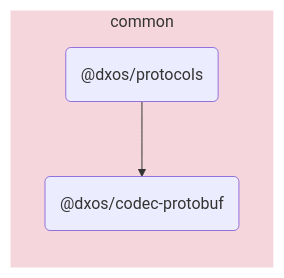
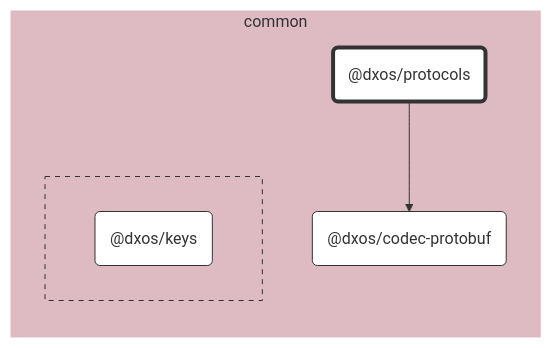
One commit to dxos/dxos changed the diagram in packages/common/protocols/docs/README.md. Above: the diagram before and after it, drawn with Mermaid. The commit also changed other lines of this file and 89 other files, not shown here.

````diff
--- a/packages/common/protocols/docs/README.md
+++ b/packages/common/protocols/docs/README.md
@@ -5,11 +7,37 @@
 ```mermaid
-flowchart LR;
+%%{ init: {'flowchart':{'curve':'basis'}} }%%
 
+flowchart LR
+
+%% Links
+dxos/protocols --> dxos/codec-protobuf;
+
+%% Sections
 subgraph common
-  style common fill:#f5d6dd,stroke:#fff;
-  dxos/protocols("@dxos/protocols");
-  dxos/codec-protobuf("@dxos/codec-protobuf");
+  style common fill:#debac2,stroke:#fff;
+
+  dxos/codec-protobuf("@dxos/codec-protobuf")
+  dxos/protocols("@dxos/protocols")
+
+  subgraph common-excluded [ ]
+    style common-excluded fill:#debac2,stroke:#333,stroke-dasharray:5 5;
+
+    dxos/keys("@dxos/keys")
+  end
 end
 
-dxos/protocols --> dxos/codec-protobuf;
+
+%% Hyperlinks
+click dxos/codec-protobuf "dxos/dxos/tree/main/packages/common/codec-protobuf/docs";
+click dxos/keys "dxos/dxos/tree/main/packages/common/keys/docs";
+
+%% Styles
+classDef rootNode fill:#fff,stroke:#333,stroke-width:4px
+classDef defaultNode fill:#fff,stroke:#333,stroke-width:1px
+linkStyle default stroke:#333,stroke-width:1px
+
+dxos/protocols:::rootNode
+
+dxos/codec-protobuf:::defaultNode
+dxos/keys:::defaultNode
 ```
````
